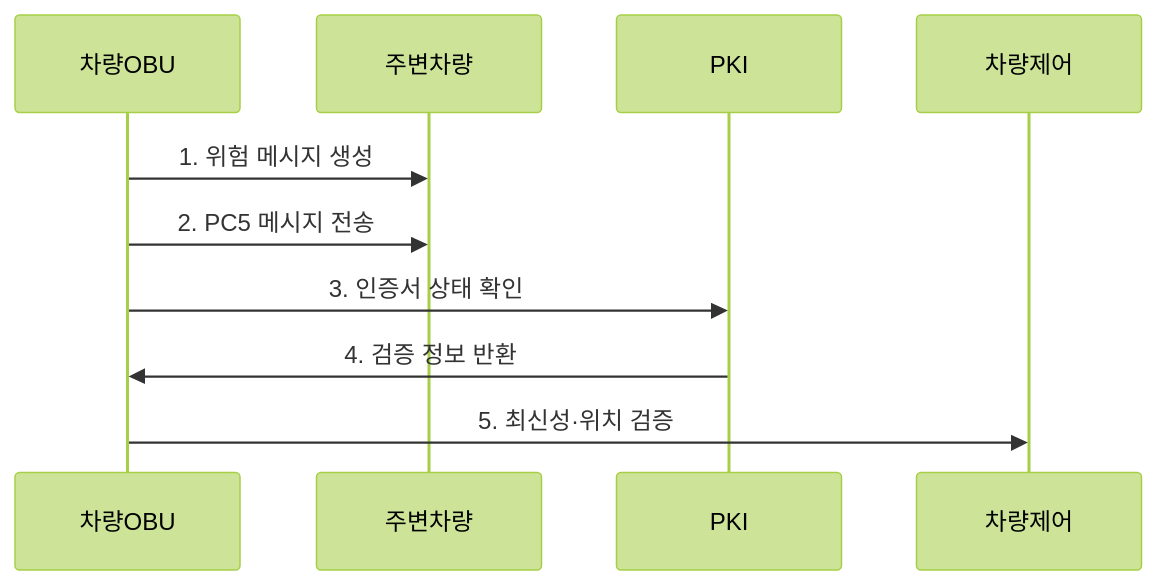
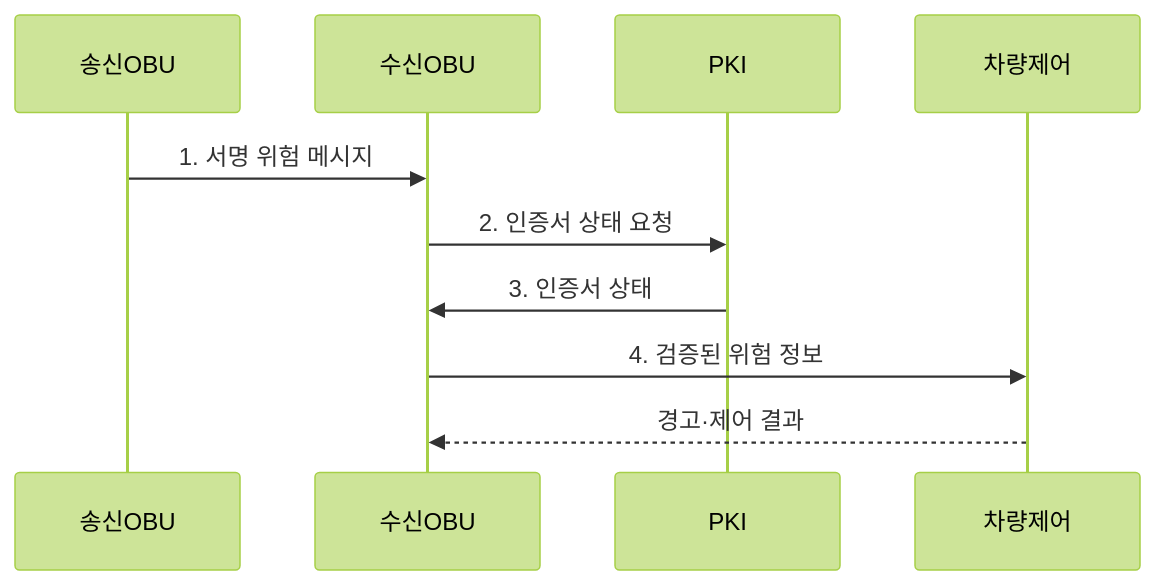
One commit to agnusdei1207/knowledge-base changed the second of 2 diagrams in src/content/docs/notes/04-network/049_v2x_vehicle_to_everything.md. Above: the diagram before and after it, drawn with Mermaid (forest theme). The commit also changed other lines of this file and 20 other files, not shown here.

````diff
--- a/src/content/docs/notes/04-network/049_v2x_vehicle_to_everything.md
+++ b/src/content/docs/notes/04-network/049_v2x_vehicle_to_everything.md
@@ -84,12 +88,12 @@
 ```mermaid
 sequenceDiagram
-    participant 차량OBU
-    participant 주변차량
+    participant 송신OBU
+    participant 수신OBU
     participant PKI
     participant 차량제어
-    차량OBU->>주변차량: 1. 위험 메시지 생성
-    차량OBU->>주변차량: 2. PC5 메시지 전송
-    차량OBU->>PKI: 3. 인증서 상태 확인
-    PKI->>차량OBU: 4. 검증 정보 반환
-    차량OBU->>차량제어: 5. 최신성·위치 검증
+    송신OBU->>수신OBU: 1. 서명 위험 메시지
+    수신OBU->>PKI: 2. 인증서 상태 요청
+    PKI->>수신OBU: 3. 인증서 상태
+    수신OBU->>차량제어: 4. 검증된 위험 정보
+    차량제어-->>수신OBU: 경고·제어 결과
 ```
````
